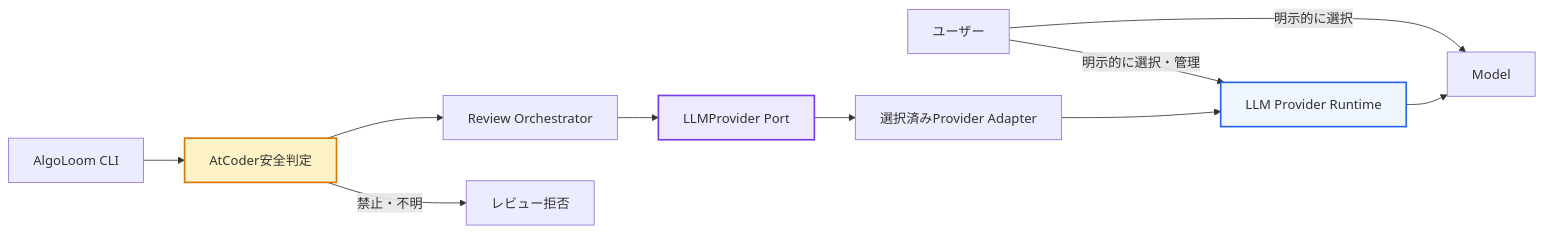
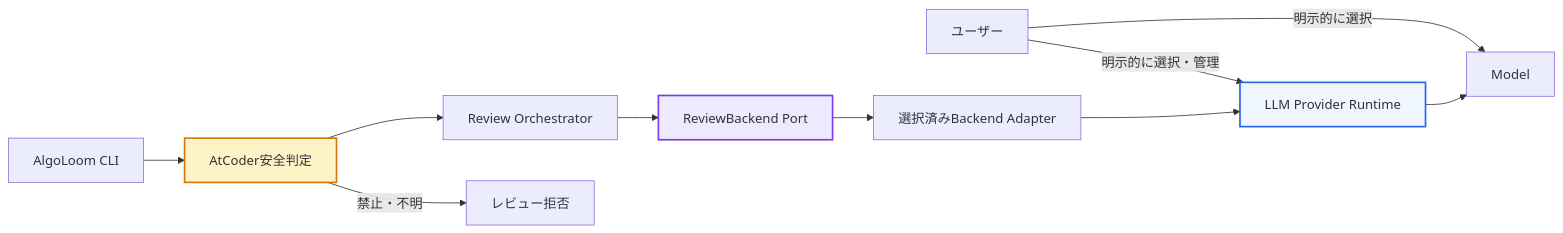
The first of 6 diagrams in design/llm-provider-design.md (mgmaru/algo-loom), drawn with Mermaid before and after one commit. The commit also changed other lines of this file, not shown here.

Commit message:
docs: Review Backendの設計方針を追加

````diff
--- a/design/llm-provider-design.md
+++ b/design/llm-provider-design.md
@@ -49,18 +69,18 @@
 ```mermaid
 flowchart LR
     USER[ユーザー] -->|明示的に選択・管理| RUNTIME[LLM Provider Runtime]
     USER -->|明示的に選択| MODEL[Model]
 
     CLI[AlgoLoom CLI] --> POLICY[AtCoder安全判定]
     POLICY --> REVIEW[Review Orchestrator]
-    REVIEW --> PORT[LLMProvider Port]
-    PORT --> ADAPTER[選択済みProvider Adapter]
+    REVIEW --> PORT[ReviewBackend Port]
+    PORT --> ADAPTER[選択済みBackend Adapter]
     ADAPTER --> RUNTIME
     RUNTIME --> MODEL
 
     POLICY -->|禁止・不明| DENY[レビュー拒否]
 
     style POLICY fill:#fef3c7,stroke:#d97706,stroke-width:2px
     style PORT fill:#ede9fe,stroke:#7c3aed,stroke-width:2px
     style RUNTIME fill:#eff6ff,stroke:#2563eb,stroke-width:2px
 ```
````
